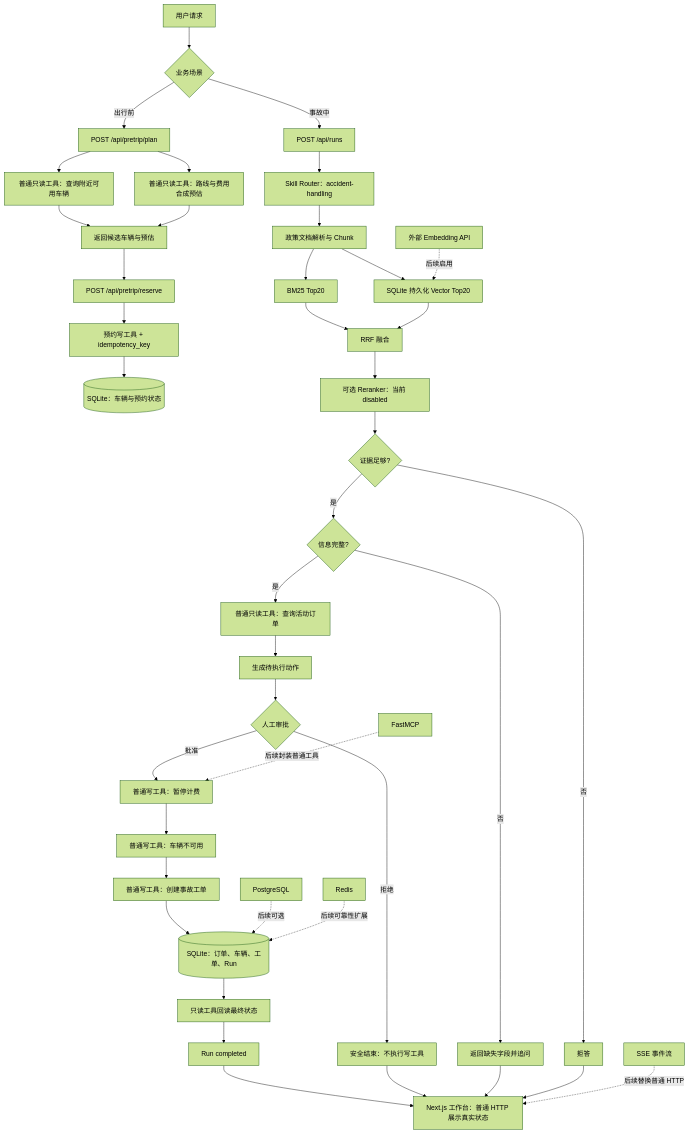
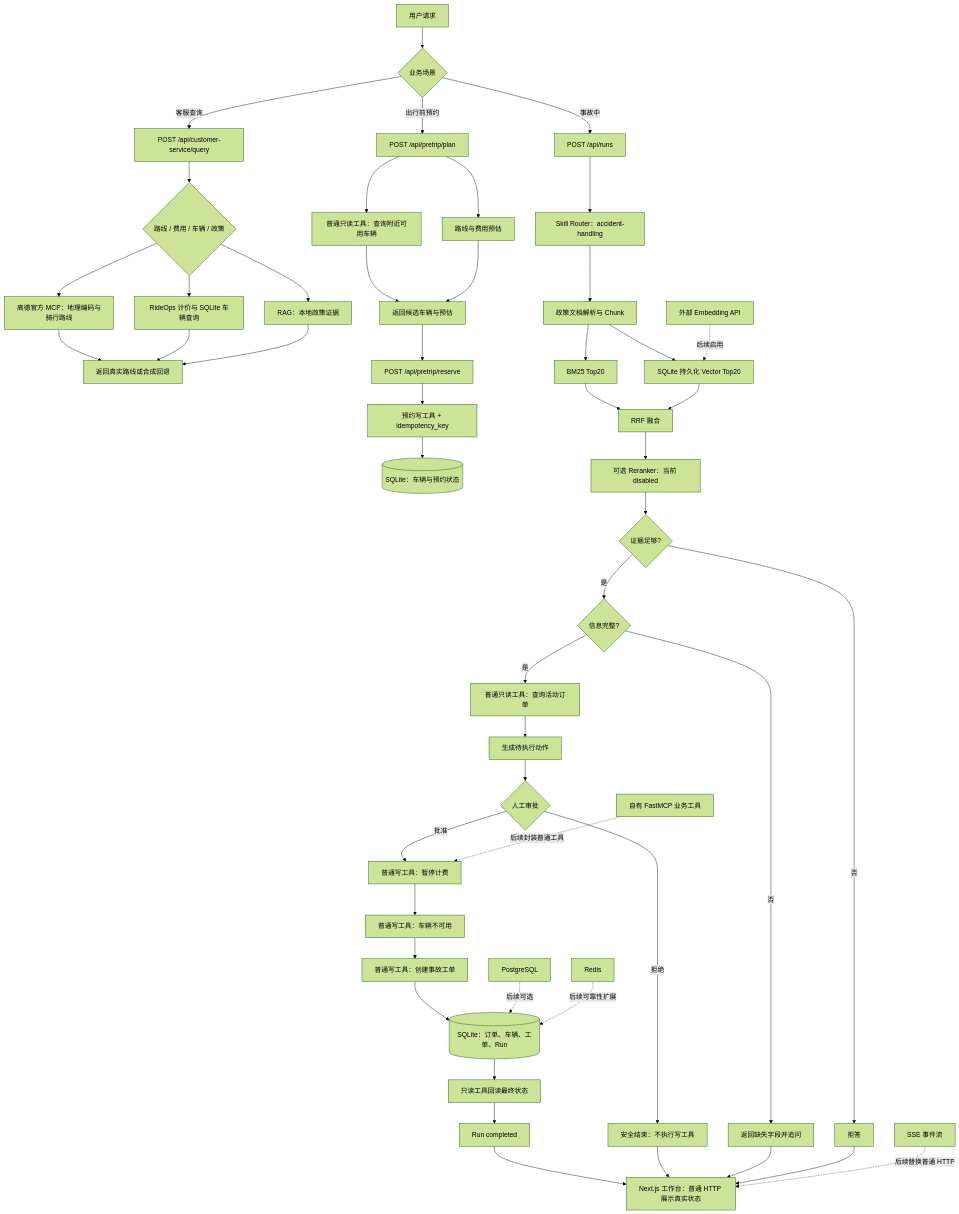
One commit to bao-bao-bus/rideops-agent changed the diagram in docs/architecture-flow.md. Above: the diagram before and after it, drawn with Mermaid (forest theme). The commit also changed other lines of this file and 13 other files, not shown here.

Commit message:
feat: add unified mobility customer service query

````diff
--- a/docs/architecture-flow.md
+++ b/docs/architecture-flow.md
@@ -5,47 +5,56 @@
 ```mermaid
 flowchart TD
     U[用户请求] --> S{业务场景}
 
-    S -->|出行前| P1[POST /api/pretrip/plan]
+    S -->|客服查询| C1[POST /api/customer-service/query]
+    C1 --> C2{路线 / 费用 / 车辆 / 政策}
+    C2 --> C3[高德官方 MCP：地理编码与骑行路线]
+    C2 --> C4[RideOps 计价与 SQLite 车辆查询]
+    C2 --> C5[RAG：本地政策证据]
+    C3 --> C6[返回真实路线或合成回退]
+    C4 --> C6
+    C5 --> C6
+
+    S -->|出行前预约| P1[POST /api/pretrip/plan]
     P1 --> P2[普通只读工具：查询附近可用车辆]
-    P1 --> P3[普通只读工具：路线与费用合成预估]
+    P1 --> P3[路线与费用预估]
     P2 --> P4[返回候选车辆与预估]
     P3 --> P4
     P4 --> P5[POST /api/pretrip/reserve]
     P5 --> P6[预约写工具 + idempotency_key]
     P6 --> DB[(SQLite：车辆与预约状态)]
 
     S -->|事故中| A1[POST /api/runs]
     A1 --> A2[Skill Router：accident-handling]
     A2 --> R1[政策文档解析与 Chunk]
     R1 --> R2[BM25 Top20]
     R1 --> R3[SQLite 持久化 Vector Top20]
     R2 --> R4[RRF 融合]
     R3 --> R4
     R4 --> R5[可选 Reranker：当前 disabled]
     R5 --> A3{证据足够?}
     A3 -->|否| REF[拒答]
     A3 -->|是| A4{信息完整?}
     A4 -->|否| ASK[返回缺失字段并追问]
     A4 -->|是| A5[普通只读工具：查询活动订单]
     A5 --> A6[生成待执行动作]
     A6 --> HITL{人工审批}
     HITL -->|拒绝| SAFE[安全结束：不执行写工具]
     HITL -->|批准| W1[普通写工具：暂停计费]
     W1 --> W2[普通写工具：车辆不可用]
     W2 --> W3[普通写工具：创建事故工单]
     W3 --> DB2[(SQLite：订单、车辆、工单、Run)]
     DB2 --> V1[只读工具回读最终状态]
     V1 --> DONE[Run completed]
 
     DONE --> F[Next.js 工作台：普通 HTTP 展示真实状态]
     SAFE --> F
     ASK --> F
     REF --> F
 
     API[外部 Embedding API] -.后续启用.-> R3
-    MCP[FastMCP] -.后续封装普通工具.-> W1
+    MCP[自有 FastMCP 业务工具] -.后续封装普通工具.-> W1
     SSE[SSE 事件流] -.后续替换普通 HTTP.-> F
     PG[PostgreSQL] -.后续可选.-> DB2
     REDIS[Redis] -.后续可靠性扩展.-> DB2
 ```
````
